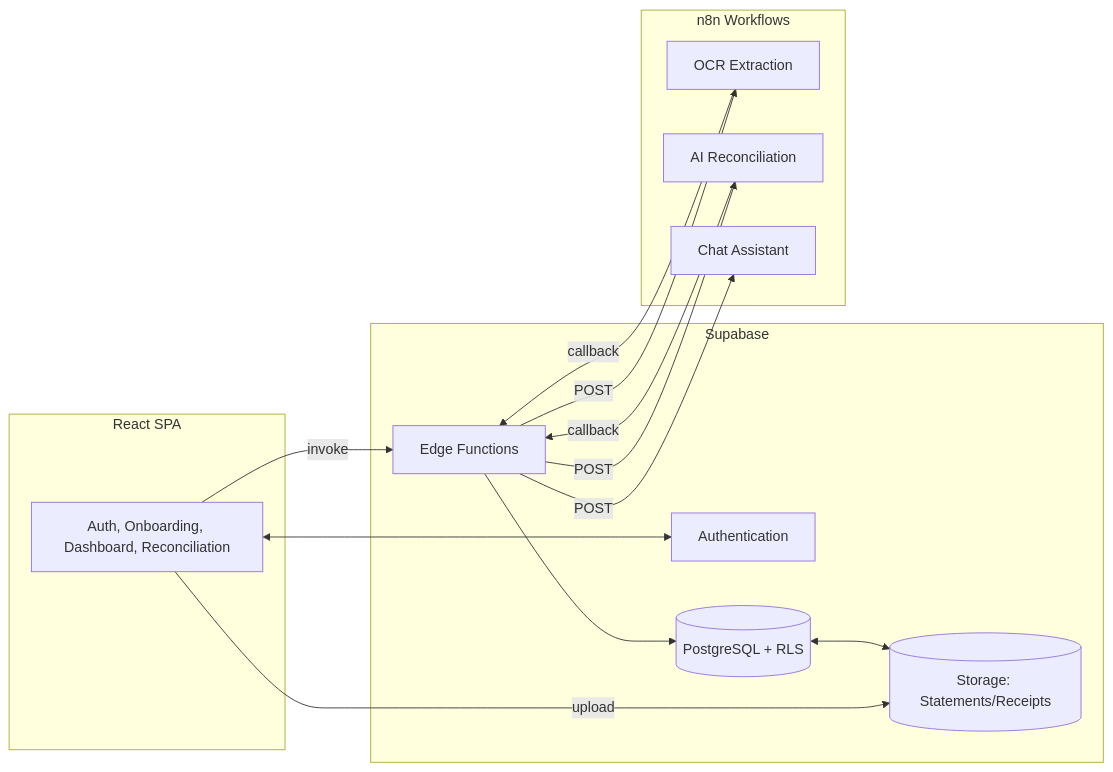
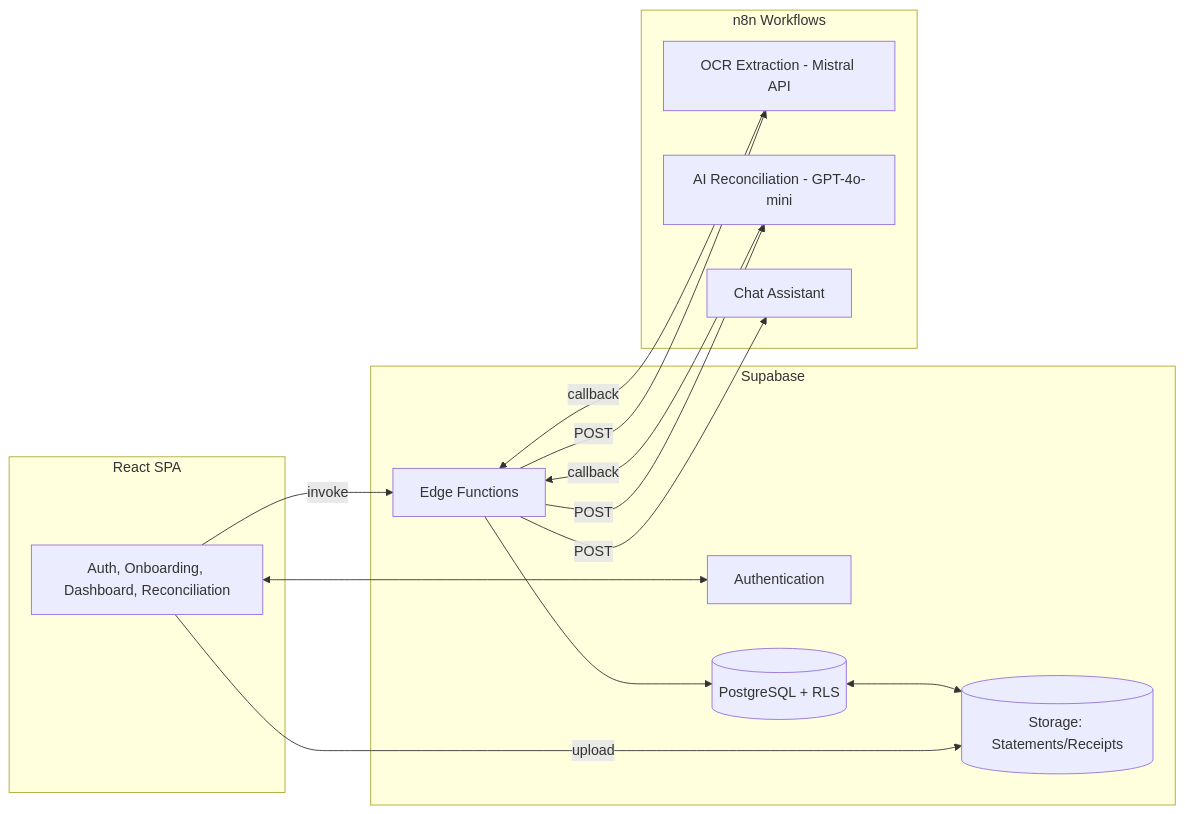
The first of 5 diagrams in README.md (demigod97/Previa-2.0), drawn with Mermaid before and after one commit. The commit also changed other lines of this file and 40 other files, not shown here.

````diff
--- a/README.md
+++ b/README.md
@@ -104,26 +356,26 @@
 ```mermaid
 flowchart LR
   subgraph Client [React SPA]
     UI[Auth, Onboarding, Dashboard, Reconciliation]
   end
 
   subgraph Supabase
     Auth[Authentication]
     DB[(PostgreSQL + RLS)]
     Storage[(Storage: Statements/Receipts)]
     EF[Edge Functions]
   end
 
   subgraph n8n [n8n Workflows]
-    W1[OCR Extraction]
-    W2[AI Reconciliation]
+    W1[OCR Extraction - Mistral API]
+    W2[AI Reconciliation - GPT-4o-mini]
     W3[Chat Assistant]
   end
 
   UI <---> Auth
   UI -->|upload| Storage
   UI -->|invoke| EF
   EF -->|POST| W1 & W2 & W3
   W1 & W2 -->|callback| EF --> DB
   DB <--> Storage
 ```
````
